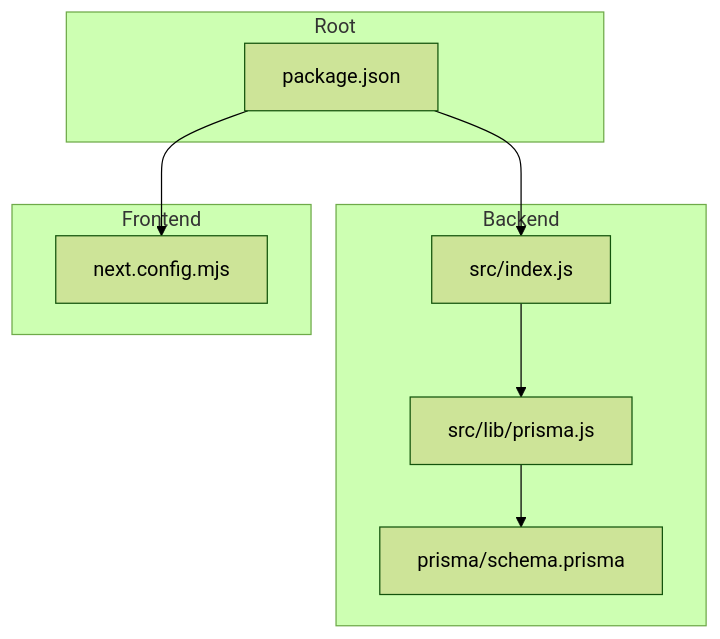
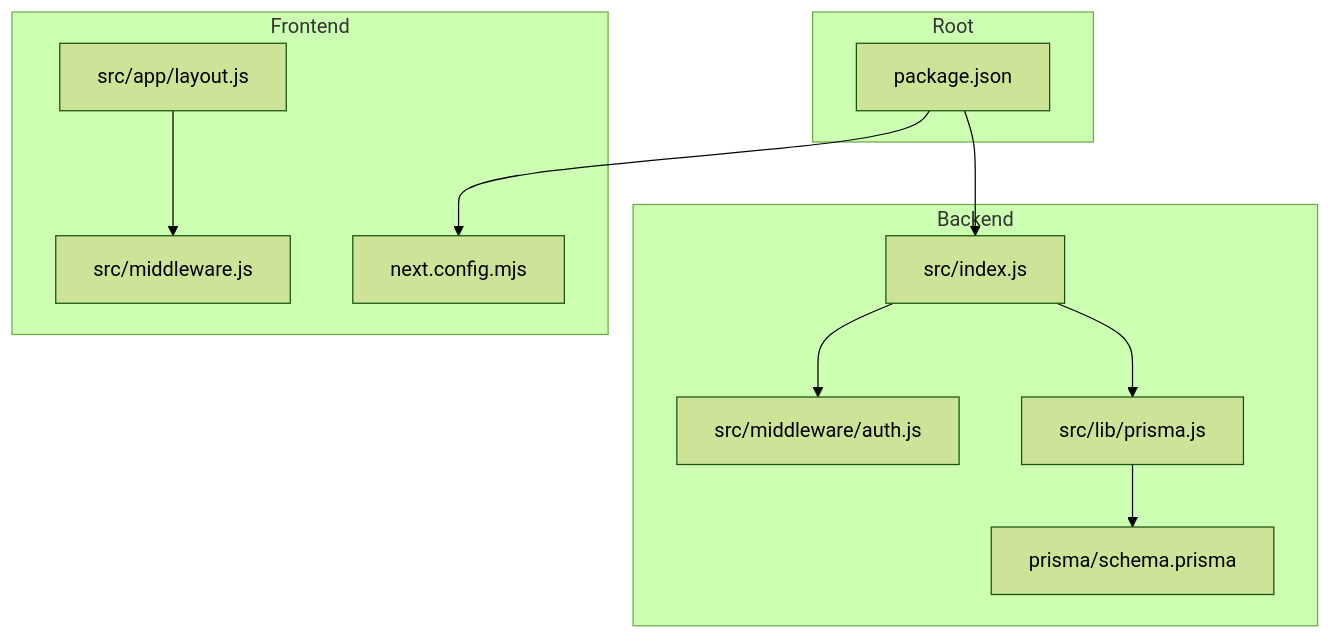
Before and after one commit to ZandileMkontwana/olympiad-portal: the first of 6 diagrams in .qoder/repowiki/en/content/Getting Started.md, drawn with Mermaid (forest theme). The commit also changed other lines of this file and 16 other files, not shown here.

````diff
--- a/.qoder/repowiki/en/content/Getting Started.md
+++ b/.qoder/repowiki/en/content/Getting Started.md
@@ -49,18 +54,23 @@
 ```mermaid
 graph TB
 subgraph "Backend"
 BIndex["src/index.js"]
 BPrisma["prisma/schema.prisma"]
 BClient["src/lib/prisma.js"]
+BAuth["src/middleware/auth.js"]
 end
 subgraph "Frontend"
 FConfig["next.config.mjs"]
+FLayout["src/app/layout.js"]
+FMiddleware["src/middleware.js"]
 end
 subgraph "Root"
 RootPkg["package.json"]
 end
 RootPkg --> BIndex
 RootPkg --> FConfig
 BIndex --> BClient
 BClient --> BPrisma
+BIndex --> BAuth
+FLayout --> FMiddleware
 ```
````
